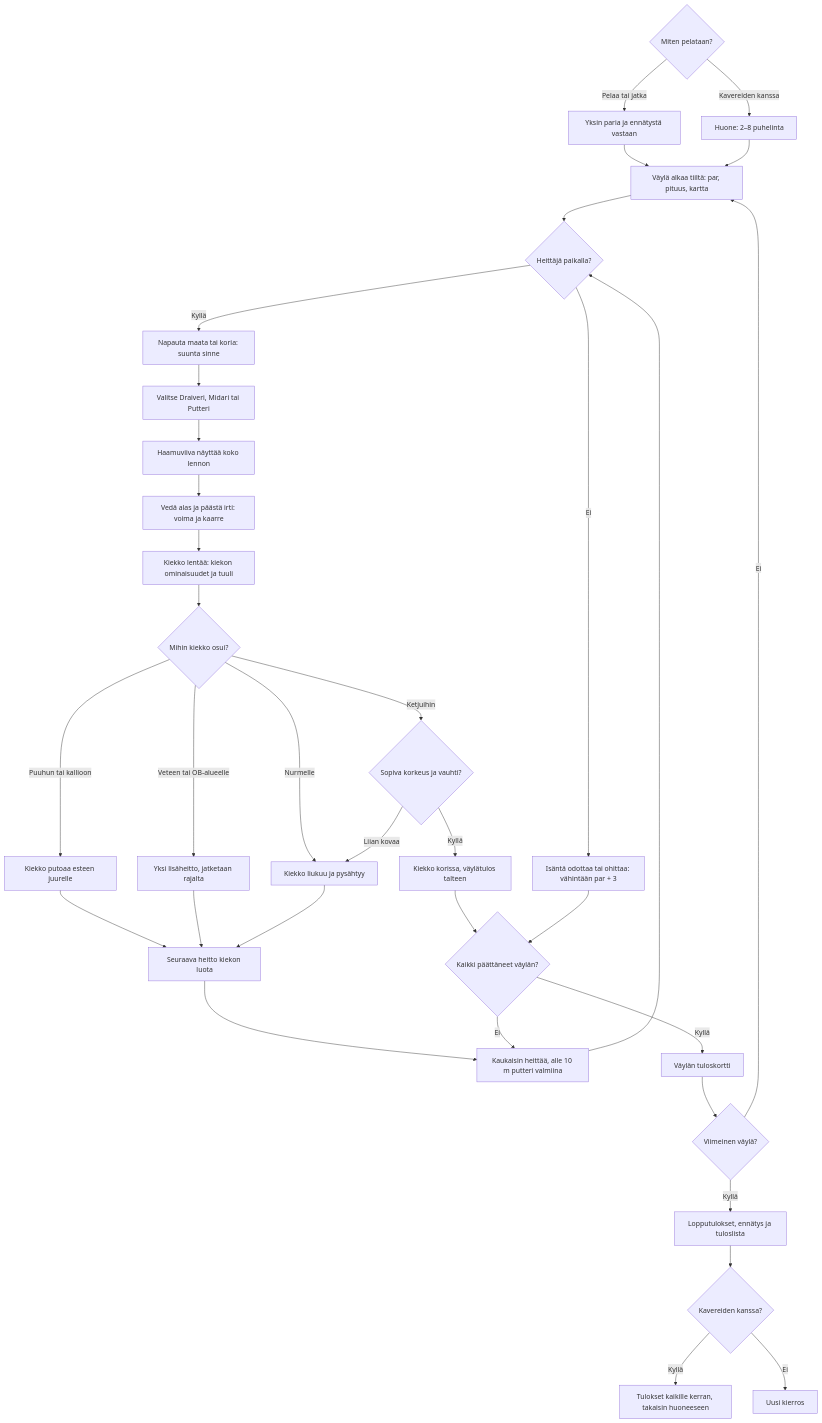
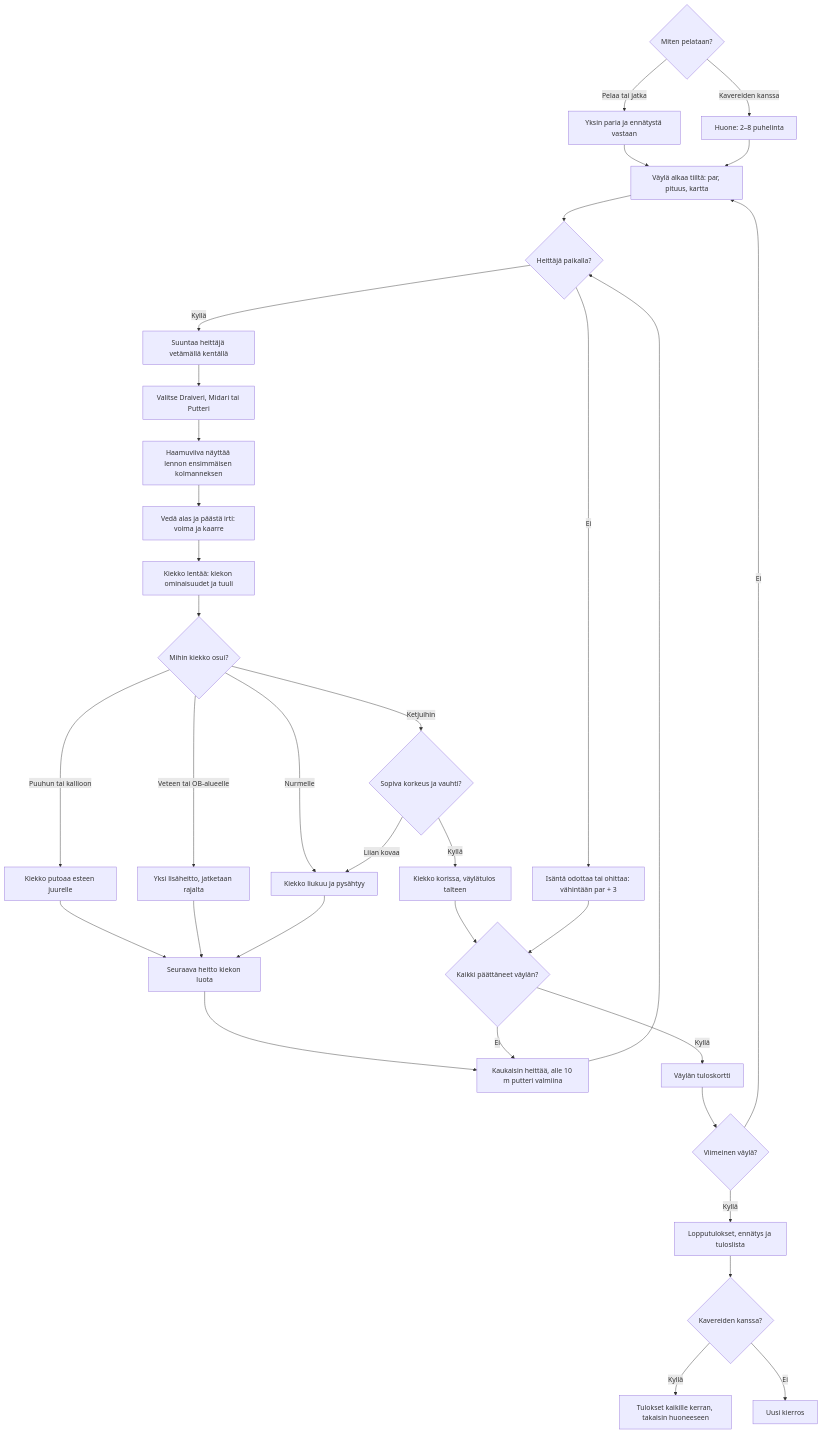
Before and after one commit to eerovil/ai-pelit: the diagram in docs/diagrams/frisbeegolf.md, drawn with Mermaid. The commit also changed other lines of this file and 38 other files, not shown here.

````diff
--- a/docs/diagrams/frisbeegolf.md
+++ b/docs/diagrams/frisbeegolf.md
@@ -10,43 +10,43 @@
 ```mermaid
 flowchart TD
   S{Miten pelataan?}
   S -- Pelaa tai jatka --> S1[Yksin paria ja ennätystä vastaan]
   S -- Kavereiden kanssa --> S2[Huone: 2–8 puhelinta]
   S1 --> A[Väylä alkaa tiiltä: par, pituus, kartta]
   S2 --> A
   A --> T{Heittäjä paikalla?}
-  T -- Kyllä --> B[Napauta maata tai koria: suunta sinne]
+  T -- Kyllä --> B[Suuntaa heittäjä vetämällä kentällä]
   T -- Ei --> SK[Isäntä odottaa tai ohittaa: vähintään par + 3]
   B --> C[Valitse Draiveri, Midari tai Putteri]
-  C --> G2[Haamuviiva näyttää koko lennon]
+  C --> G2[Haamuviiva näyttää lennon ensimmäisen kolmanneksen]
   G2 --> D[Vedä alas ja päästä irti: voima ja kaarre]
   D --> E[Kiekko lentää: kiekon ominaisuudet ja tuuli]
   E --> F{Mihin kiekko osui?}
   F -- Puuhun tai kallioon --> G[Kiekko putoaa esteen juurelle]
   F -- Veteen tai OB-alueelle --> H[Yksi lisäheitto, jatketaan rajalta]
   F -- Ketjuihin --> I{Sopiva korkeus ja vauhti?}
   F -- Nurmelle --> J[Kiekko liukuu ja pysähtyy]
   I -- Kyllä --> K[Kiekko korissa, väylätulos talteen]
   I -- Liian kovaa --> J
   G --> L[Seuraava heitto kiekon luota]
   H --> L
   J --> L
   K --> N{Kaikki päättäneet väylän?}
   SK --> N
   L --> V[Kaukaisin heittää, alle 10 m putteri valmiina]
   V --> T
   N -- Ei --> V
   N -- Kyllä --> O[Väylän tuloskortti]
   O --> P{Viimeinen väylä?}
   P -- Ei --> A
   P -- Kyllä --> Q[Lopputulokset, ennätys ja tuloslista]
   Q --> R{Kavereiden kanssa?}
   R -- Kyllä --> X[Tulokset kaikille kerran, takaisin huoneeseen]
   R -- Ei --> U[Uusi kierros]
   class S,T,F,I,N,P,R amber
   class S1,A,B,C,G2,D,L,V,O,U blue
   class E,J teal
   class S2,SK,X violet
   class K,Q green
   class G,H rose
 ```
````
